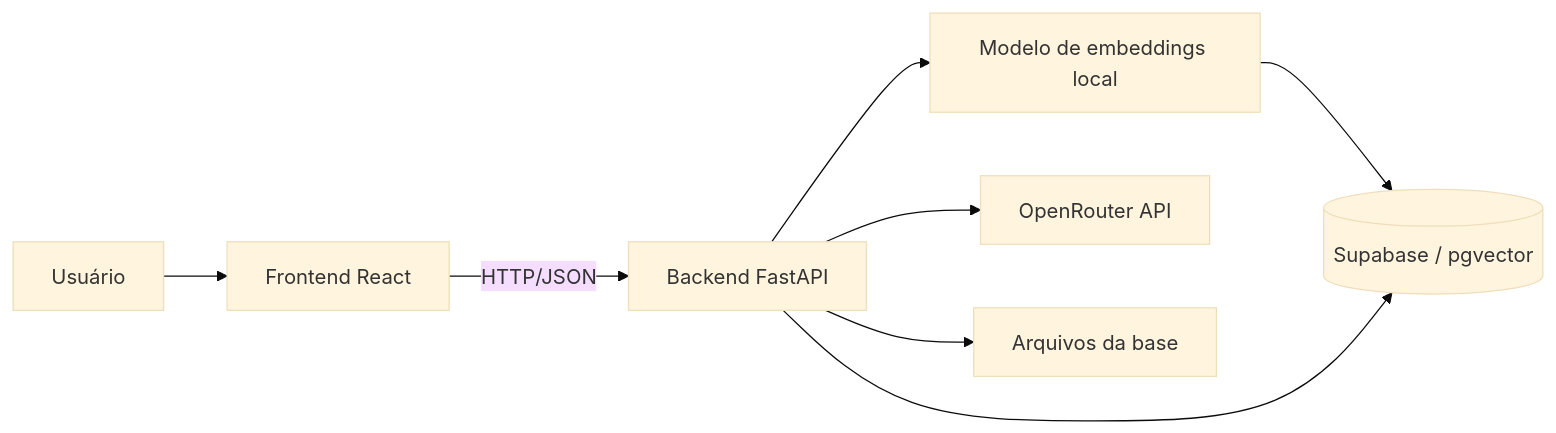
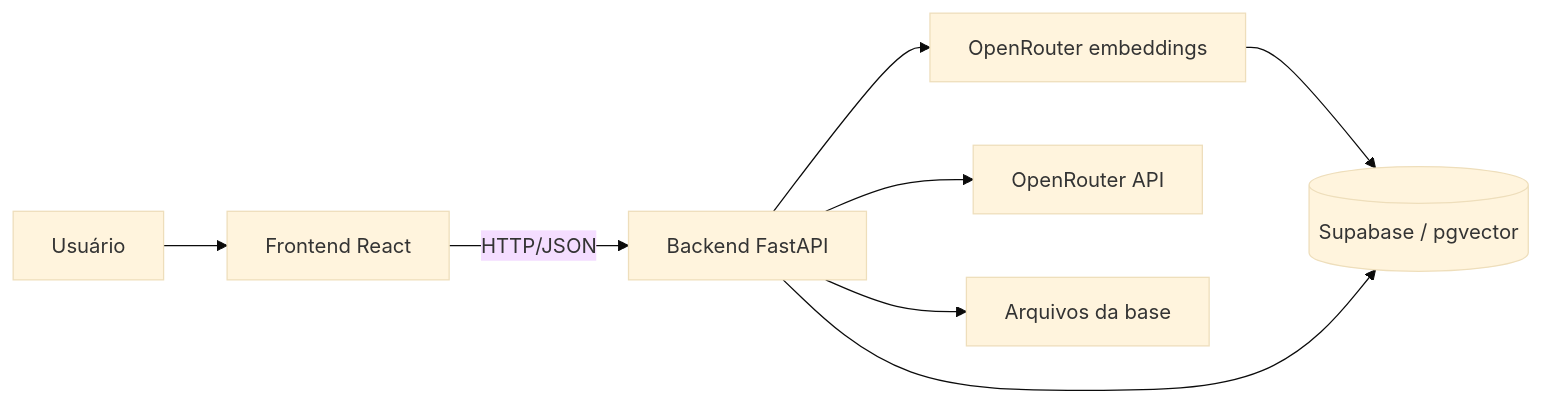
The diagram in ESPECIFICACAO.md (GrupodeTrabalhoPOSIA/AURORA_TECH_CHAT), drawn with Mermaid (base theme) before and after one commit. The commit also changed other lines of this file and 24 other files, not shown here.

````diff
--- a/ESPECIFICACAO.md
+++ b/ESPECIFICACAO.md
@@ -97,10 +97,10 @@
 ```mermaid
 flowchart LR
     U[Usuário] --> F[Frontend React]
     F -->|HTTP/JSON| B[Backend FastAPI]
-    B --> E[Modelo de embeddings local]
+    B --> E[OpenRouter embeddings]
     E --> V[(Supabase / pgvector)]
     B --> V
     B --> O[OpenRouter API]
     B --> D[Arquivos da base]
 ```
````
